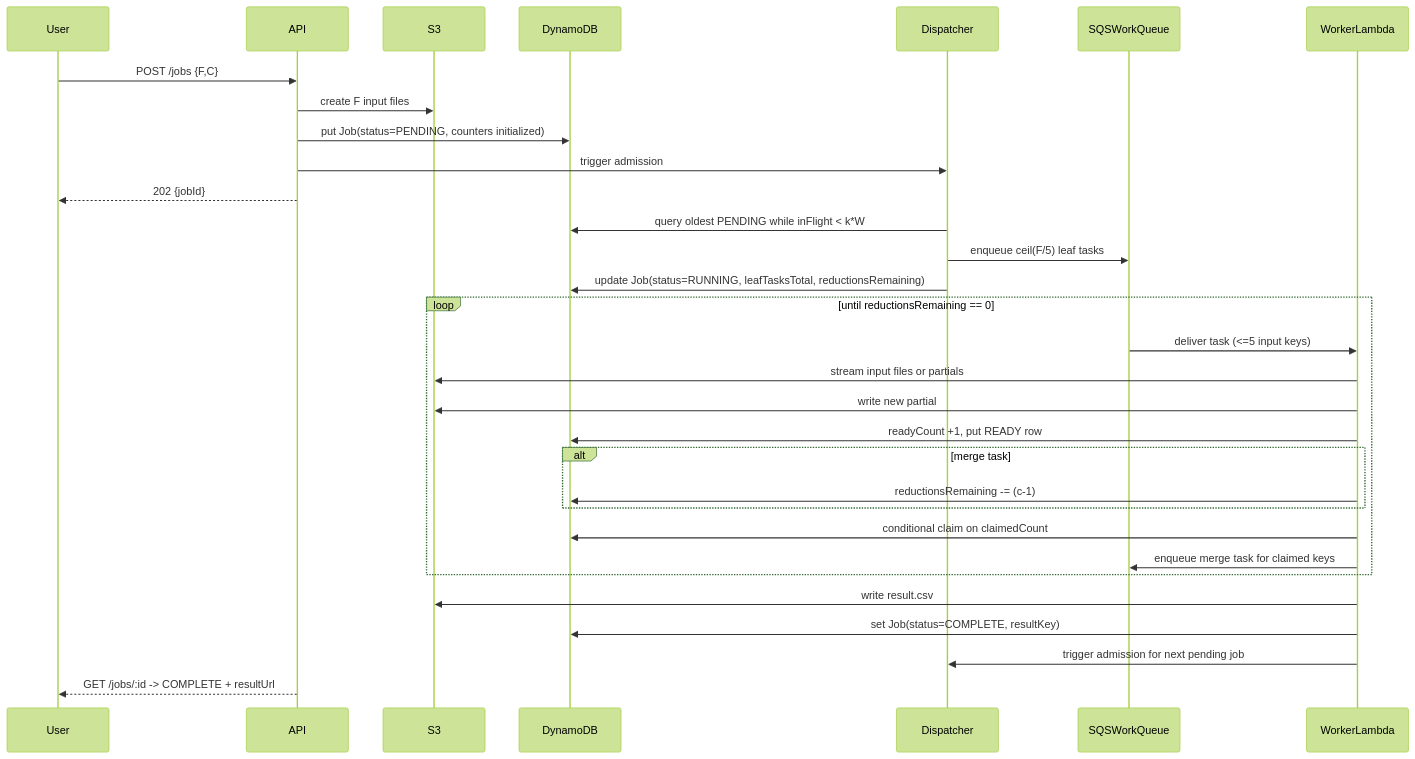
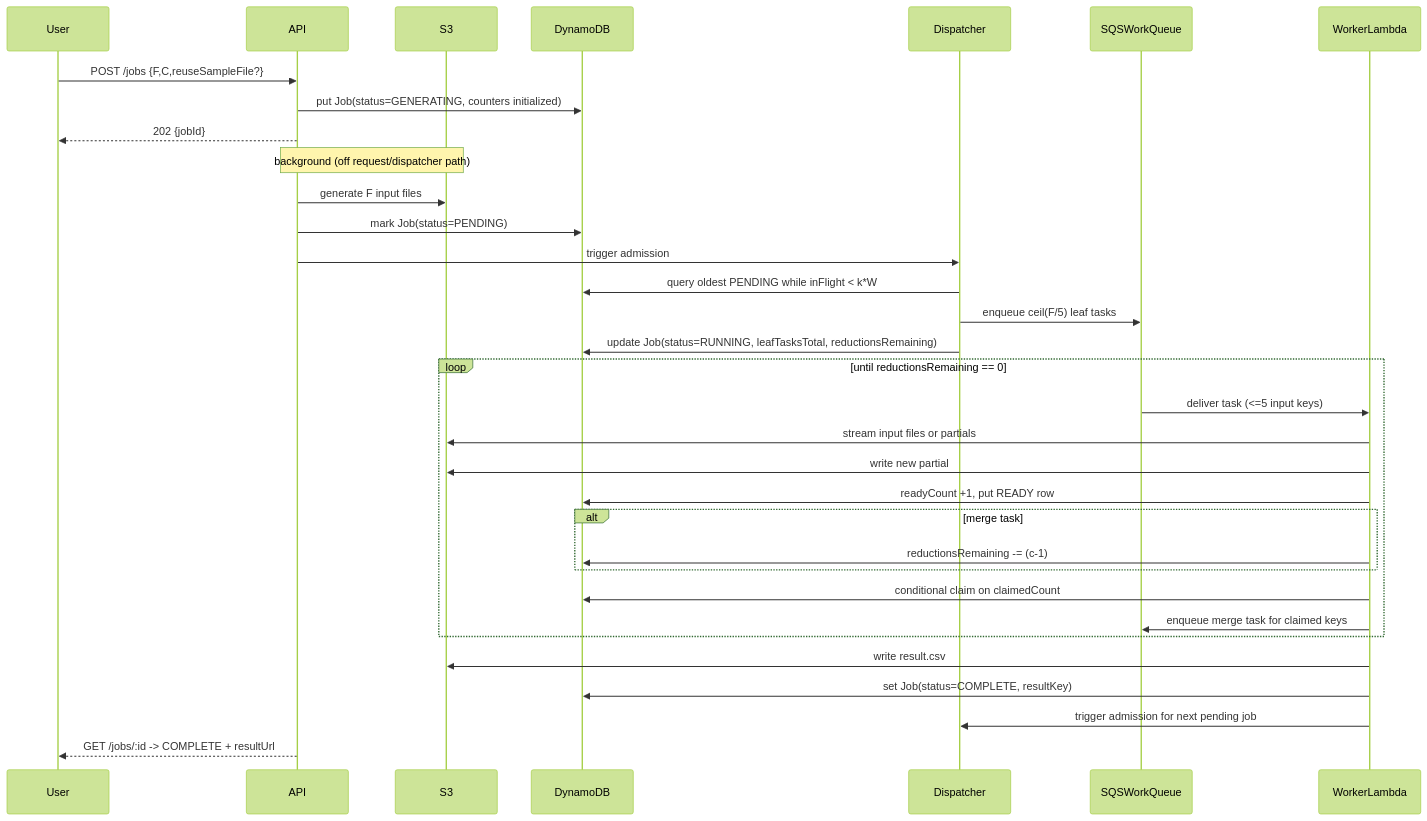
One commit to anujj-ti/aggregate-scores changed the diagram in docs/diagrams/sequence-flow.md. Above: the diagram before and after it, drawn with Mermaid (forest theme). The commit also changed 62 other files, not shown here.

First line of the commit message:
Harden fleet accounting and cancellation paths, and sync architecture docs.

````diff
--- a/docs/diagrams/sequence-flow.md
+++ b/docs/diagrams/sequence-flow.md
@@ -5,37 +5,39 @@
 ```mermaid
 sequenceDiagram
     participant User as User
     participant Api as API
     participant S3 as S3
     participant Ddb as DynamoDB
     participant Disp as Dispatcher
     participant Queue as SQSWorkQueue
     participant Worker as WorkerLambda
 
-    User->>Api: POST /jobs {F,C}
-    Api->>S3: create F input files
-    Api->>Ddb: put Job(status=PENDING, counters initialized)
+    User->>Api: POST /jobs {F,C,reuseSampleFile?}
+    Api->>Ddb: put Job(status=GENERATING, counters initialized)
+    Api-->>User: 202 {jobId}
+    Note over Api,S3: background (off request/dispatcher path)
+    Api->>S3: generate F input files
+    Api->>Ddb: mark Job(status=PENDING)
     Api->>Disp: trigger admission
-    Api-->>User: 202 {jobId}
 
     Disp->>Ddb: query oldest PENDING while inFlight < k*W
     Disp->>Queue: enqueue ceil(F/5) leaf tasks
     Disp->>Ddb: update Job(status=RUNNING, leafTasksTotal, reductionsRemaining)
 
     loop until reductionsRemaining == 0
         Queue->>Worker: deliver task (<=5 input keys)
         Worker->>S3: stream input files or partials
         Worker->>S3: write new partial
         Worker->>Ddb: readyCount +1, put READY row
         alt merge task
             Worker->>Ddb: reductionsRemaining -= (c-1)
         end
         Worker->>Ddb: conditional claim on claimedCount
         Worker->>Queue: enqueue merge task for claimed keys
     end
 
     Worker->>S3: write result.csv
     Worker->>Ddb: set Job(status=COMPLETE, resultKey)
     Worker->>Disp: trigger admission for next pending job
     Api-->>User: GET /jobs/:id -> COMPLETE + resultUrl
 ```
````
